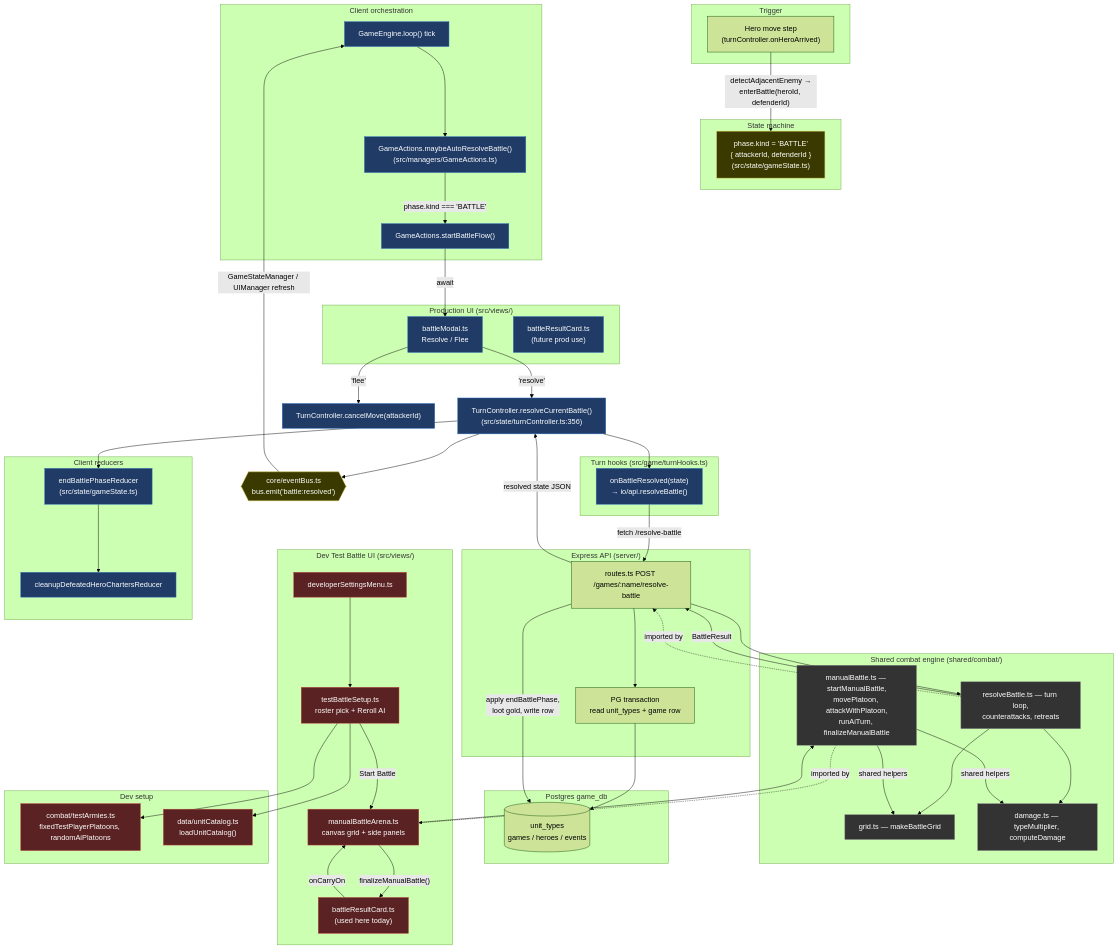
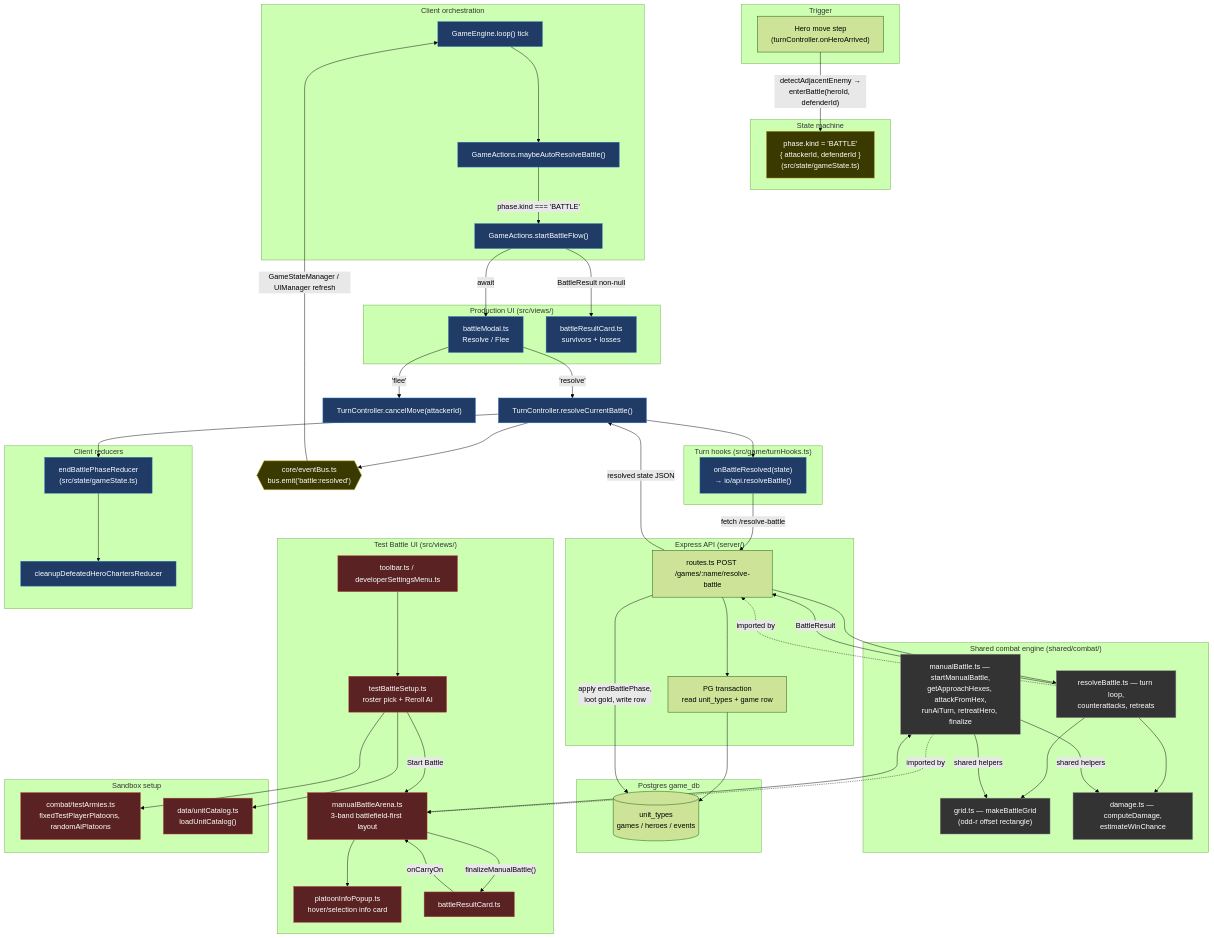
One commit to JLRoper/vigilant-palm-tree changed the diagram in docs/battle-view-architecture.md. Above: the diagram before and after it, drawn with Mermaid (forest theme). The commit also changed other lines of this file and 1 other file, not shown here.

First line of the commit message:
docs: refresh battle-view-architecture against current main

````diff
--- a/docs/battle-view-architecture.md
+++ b/docs/battle-view-architecture.md
@@ -31,13 +41,13 @@
 
     subgraph ORCHESTRATION["Client orchestration"]
         C["GameEngine.loop() tick"]
-        D["GameActions.maybeAutoResolveBattle()<br/>(src/managers/GameActions.ts)"]
+        D["GameActions.maybeAutoResolveBattle()"]
         E["GameActions.startBattleFlow()"]
     end
 
     subgraph VIEWS_PROD["Production UI (src/views/)"]
         F["battleModal.ts<br/>Resolve / Flee"]
-        G["battleResultCard.ts<br/>(future prod use)"]
+        G["battleResultCard.ts<br/>survivors + losses"]
     end
 
     subgraph HOOKS["Turn hooks (src/game/turnHooks.ts)"]
@@ -50,24 +60,25 @@
     end
 
     subgraph ENGINE["Shared combat engine (shared/combat/)"]
-        K["grid.ts — makeBattleGrid"]
-        L["damage.ts — typeMultiplier, computeDamage"]
+        K["grid.ts — makeBattleGrid<br/>(odd-r offset rectangle)"]
+        L["damage.ts — computeDamage,<br/>estimateWinChance"]
         M["resolveBattle.ts — turn loop,<br/>counterattacks, retreats"]
-        N["manualBattle.ts — startManualBattle,<br/>movePlatoon, attackWithPlatoon,<br/>runAiTurn, finalizeManualBattle"]
+        N["manualBattle.ts — startManualBattle,<br/>getApproachHexes, attackFromHex,<br/>runAiTurn, retreatHero, finalize"]
     end
 
     subgraph DB["Postgres game_db"]
         O[("unit_types<br/>games / heroes / events")]
     end
 
-    subgraph VIEWS_DEV["Dev Test Battle UI (src/views/)"]
-        P["developerSettingsMenu.ts"]
+    subgraph VIEWS_DEV["Test Battle UI (src/views/)"]
+        P["toolbar.ts / developerSettingsMenu.ts"]
         Q["testBattleSetup.ts<br/>roster pick + Reroll AI"]
-        R["manualBattleArena.ts<br/>canvas grid + side panels"]
-        S["battleResultCard.ts<br/>(used here today)"]
+        R["manualBattleArena.ts<br/>3-band battlefield-first layout"]
+        R2["platoonInfoPopup.ts<br/>hover/selection info card"]
+        S["battleResultCard.ts"]
     end
 
-    subgraph DEVSETUP["Dev setup"]
+    subgraph DEVSETUP["Sandbox setup"]
         T["combat/testArmies.ts<br/>fixedTestPlayerPlatoons, randomAiPlatoons"]
         U["data/unitCatalog.ts<br/>loadUnitCatalog()"]
     end
@@ -84,7 +95,7 @@
     C --> D
     D -->|"phase.kind === 'BATTLE'"| E
     E -->|"await"| F
-    F -->|"'resolve'"| X["TurnController.resolveCurrentBattle()<br/>(src/state/turnController.ts:356)"]
+    F -->|"'resolve'"| X["TurnController.resolveCurrentBattle()"]
     F -->|"'flee'"| Y["TurnController.cancelMove(attackerId)"]
     X --> H
     H -->|"fetch /resolve-battle"| I
@@ -98,14 +109,16 @@
     I -->|"resolved state JSON"| X
     X --> V
     V --> W
+    E -->|"BattleResult non-null"| G
     X --> BUS
     BUS -->|"GameStateManager / UIManager refresh"| C
 
-    %% --- dev Test Battle path ---
+    %% --- Test Battle path ---
     P --> Q
     Q --> T
     Q --> U
     Q -->|"Start Battle"| R
+    R --> R2
     R --> N
     N -->|"shared helpers"| K
     N -->|"shared helpers"| L
@@ -121,7 +134,7 @@
     classDef shared fill:#333,stroke:#888,color:#fff;
     classDef bus fill:#3a3a00,stroke:#d0c040,color:#fff;
     class F,G,C,D,E,H,X,Y,V,W prod;
-    class P,Q,R,S,T,U dev;
+    class P,Q,R,R2,S,T,U dev;
     class K,L,M,N shared;
     class B,BUS bus;
 ```
````
